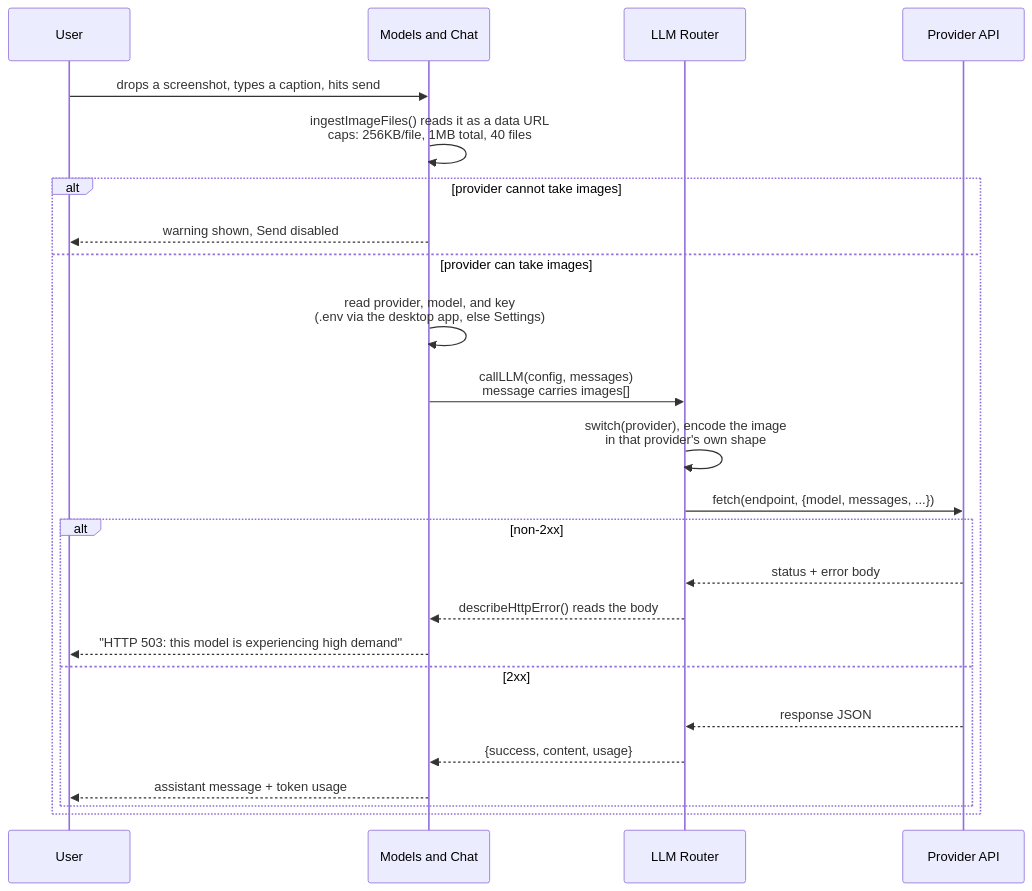
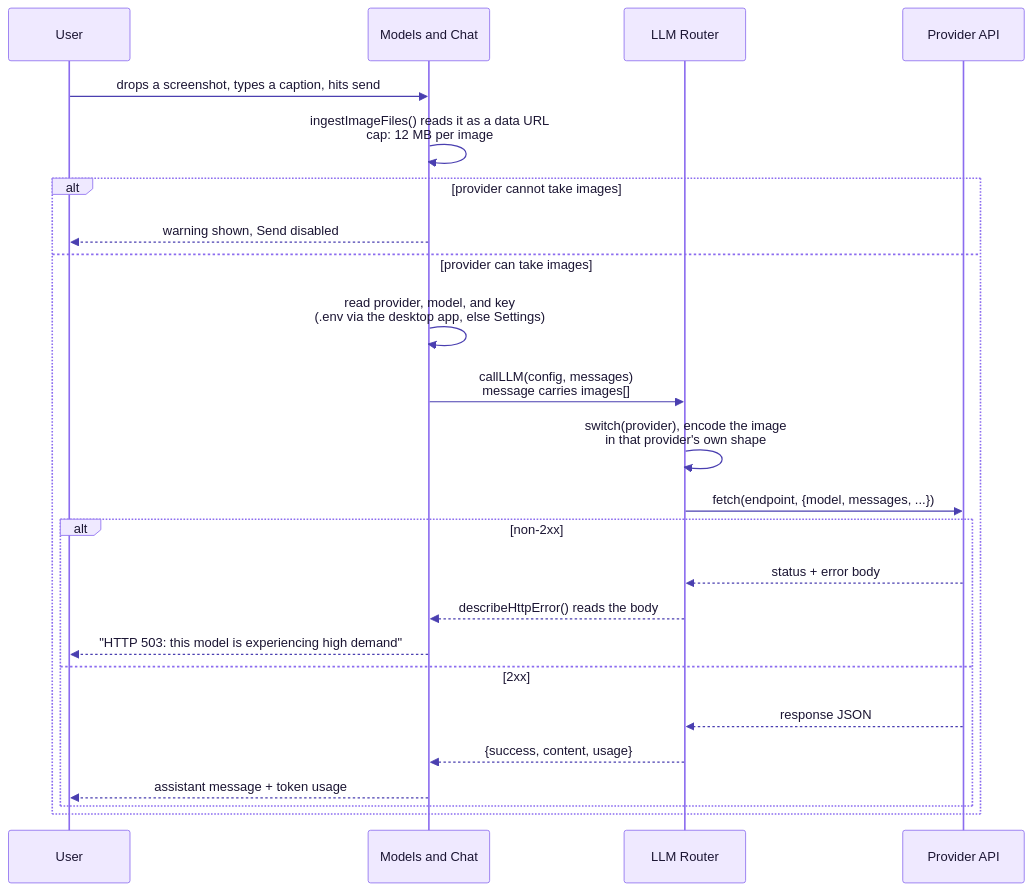
Before and after one commit to jacobcowanr/ValhallaAI: diagram 20 of 35 in ARCHITECTURE.md, drawn with Mermaid. The commit also changed other lines of this file and 5 other files, not shown here.

````diff
--- a/ARCHITECTURE.md
+++ b/ARCHITECTURE.md
@@ -356,37 +1116,38 @@
 ```mermaid
+%%{init: {'fontFamily':'Arial, Helvetica, sans-serif','theme':'base','themeVariables':{'primaryColor':'#efe9ff','primaryTextColor':'#1b1533','primaryBorderColor':'#8b6cef','lineColor':'#6b5bd6','secondaryColor':'#e4eaff','tertiaryColor':'#f7f5ff','edgeLabelBackground':'#ffffff','fontFamily':'Arial, Helvetica, sans-serif','fontSize':'14px','noteBkgColor':'#fff6dc','noteTextColor':'#3a2f00','actorBkg':'#efe9ff','actorBorder':'#8b6cef','actorTextColor':'#1b1533','signalColor':'#4a3fb0','signalTextColor':'#1b1533','xyChart':{'backgroundColor':'#ffffff','plotColorPalette':'#8b6cef','titleColor':'#1b1533','xAxisLabelColor':'#1b1533','yAxisLabelColor':'#1b1533','xAxisTitleColor':'#1b1533','yAxisTitleColor':'#1b1533','xAxisLineColor':'#6b5bd6','yAxisLineColor':'#6b5bd6','xAxisTickColor':'#6b5bd6','yAxisTickColor':'#6b5bd6'}}}}%%
 sequenceDiagram
     accTitle: One chat message, drop path
     accDescr {
         The user drops a screenshot and sends. The app reads the file as a data
         URL, checks whether the selected provider can accept an image, and
         refuses to send with a visible warning if it cannot. When it can, the
         router encodes the image in that provider's own field shape and posts
         it. The provider's response, including token usage, is rendered on the
         assistant turn. A non-2xx response is turned into a readable sentence
         by reading the provider's own error body.
     }
     participant U as User
     participant MP as Models and Chat
     participant R as LLM Router
     participant P as Provider API
 
     U->>MP: drops a screenshot, types a caption, hits send
-    MP->>MP: ingestImageFiles() reads it as a data URL<br/>caps: 256KB/file, 1MB total, 40 files
+    MP->>MP: ingestImageFiles() reads it as a data URL<br/>cap: 12 MB per image
     alt provider cannot take images
         MP-->>U: warning shown, Send disabled
     else provider can take images
         MP->>MP: read provider, model, and key<br/>(.env via the desktop app, else Settings)
         MP->>R: callLLM(config, messages)<br/>message carries images[]
         R->>R: switch(provider), encode the image<br/>in that provider's own shape
         R->>P: fetch(endpoint, {model, messages, ...})
         alt non-2xx
             P-->>R: status + error body
             R-->>MP: describeHttpError() reads the body
             MP-->>U: "HTTP 503: this model is experiencing high demand"
         else 2xx
             P-->>R: response JSON
             R-->>MP: {success, content, usage}
             MP-->>U: assistant message + token usage
         end
     end
 ```
````
